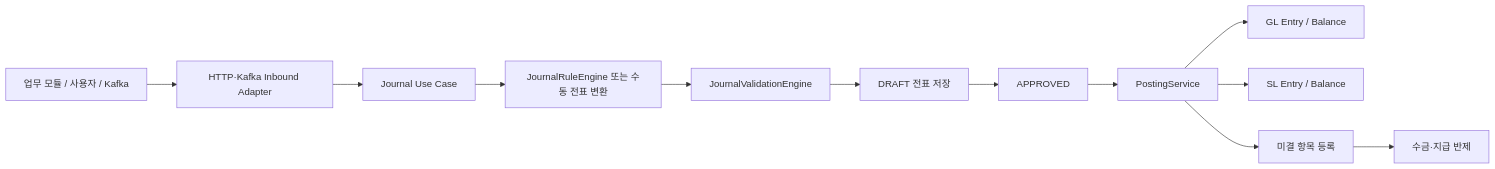
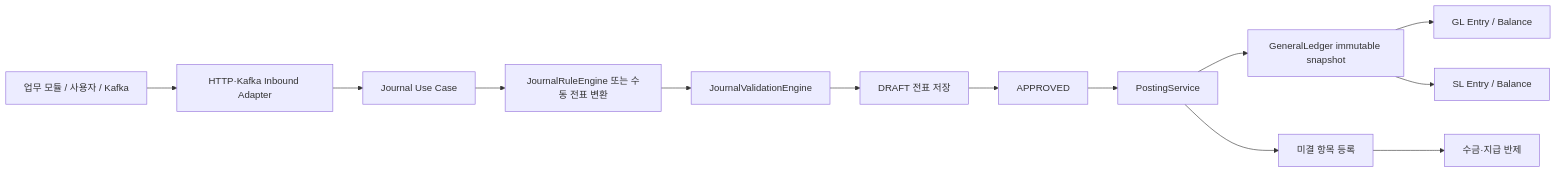
Before and after one commit to skyg547/account: the first of 3 diagrams in journal-ledger/docs/process-flow.md, drawn with Mermaid. The commit also changed other lines of this file and 43 other files, not shown here.

Commit message:
feat(journal-ledger): model general ledger aggregate

````diff
--- a/journal-ledger/docs/process-flow.md
+++ b/journal-ledger/docs/process-flow.md
@@ -5,14 +5,15 @@
 ```mermaid
 flowchart LR
     SOURCE[업무 모듈 / 사용자 / Kafka] --> IN[HTTP·Kafka Inbound Adapter]
     IN --> USECASE[Journal Use Case]
     USECASE --> RULE[JournalRuleEngine 또는 수동 전표 변환]
     RULE --> VALIDATE[JournalValidationEngine]
     VALIDATE --> DRAFT[DRAFT 전표 저장]
     DRAFT --> APPROVE[APPROVED]
     APPROVE --> POST[PostingService]
-    POST --> GL[GL Entry / Balance]
-    POST --> SL[SL Entry / Balance]
+    POST --> SNAPSHOT[GeneralLedger immutable snapshot]
+    SNAPSHOT --> GL[GL Entry / Balance]
+    SNAPSHOT --> SL[SL Entry / Balance]
     POST --> UNSETTLED[미결 항목 등록]
     UNSETTLED --> SETTLE[수금·지급 반제]
 ```
````
